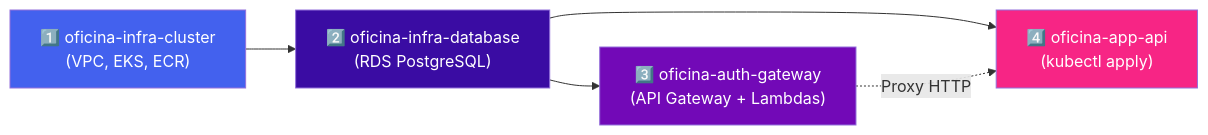
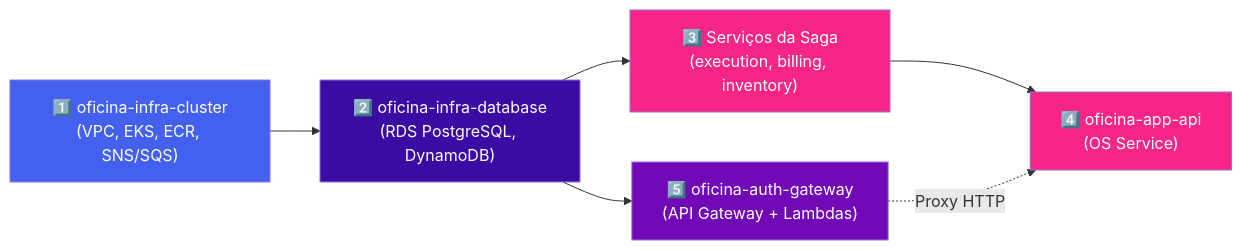
One commit to GrupoPosTech-FIAP/oficina-app-api changed the seventh of 7 diagrams in docs/ecossistema.md. Above: the diagram before and after it, drawn with Mermaid. The commit also changed other lines of this file and 5 other files, not shown here.

````diff
--- a/docs/ecossistema.md
+++ b/docs/ecossistema.md
@@ -263,12 +434,14 @@
 ```mermaid
 graph LR
-    A["1️⃣ oficina-infra-cluster\n(VPC, EKS, ECR)"] --> B["2️⃣ oficina-infra-database\n(RDS PostgreSQL)"]
-    B --> C["3️⃣ oficina-auth-gateway\n(API Gateway + Lambdas)"]
-    B --> D["4️⃣ oficina-app-api\n(kubectl apply)"]
+    A["1️⃣ oficina-infra-cluster\n(VPC, EKS, ECR, SNS/SQS)"] --> B["2️⃣ oficina-infra-database\n(RDS PostgreSQL, DynamoDB)"]
+    B --> S["3️⃣ Serviços da Saga\n(execution, billing, inventory)"]
+    S --> D["4️⃣ oficina-app-api\n(OS Service)"]
+    B --> C["5️⃣ oficina-auth-gateway\n(API Gateway + Lambdas)"]
     C -.->|"Proxy HTTP"| D
 
     style A fill:#4361ee,color:#fff
     style B fill:#3a0ca3,color:#fff
+    style S fill:#f72585,color:#fff
     style C fill:#7209b7,color:#fff
     style D fill:#f72585,color:#fff
 ```
````
